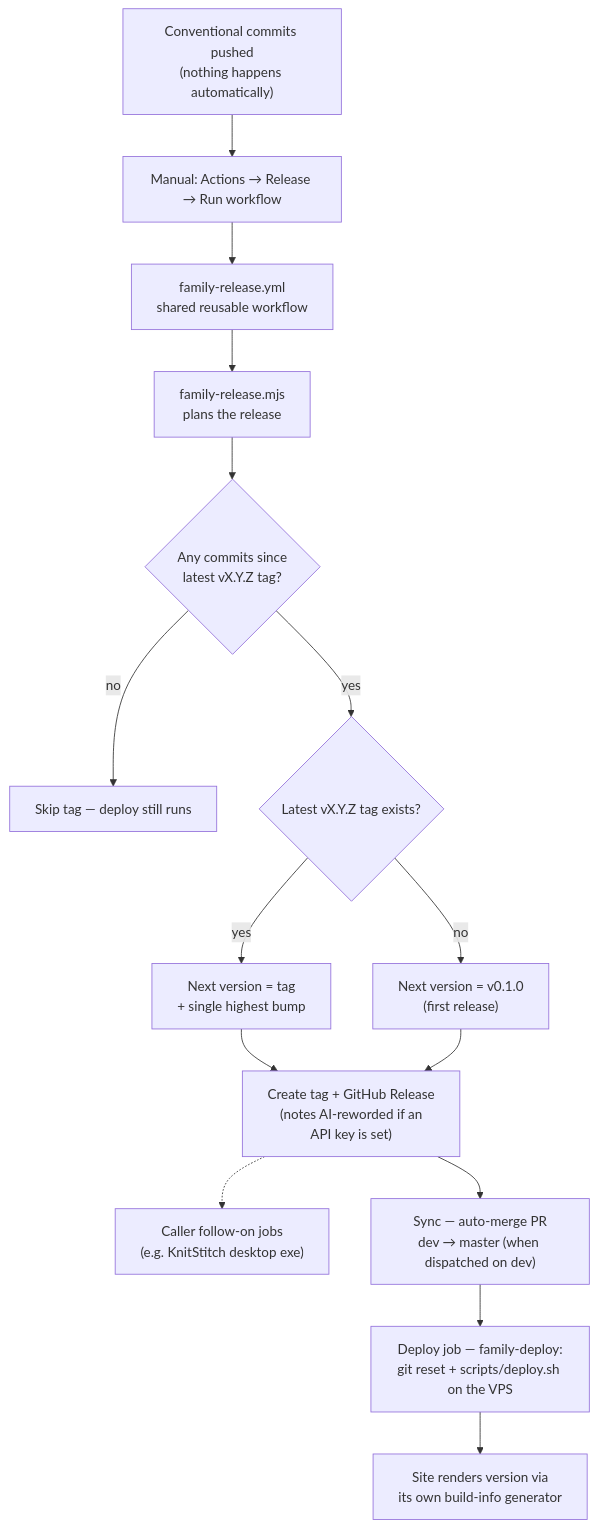
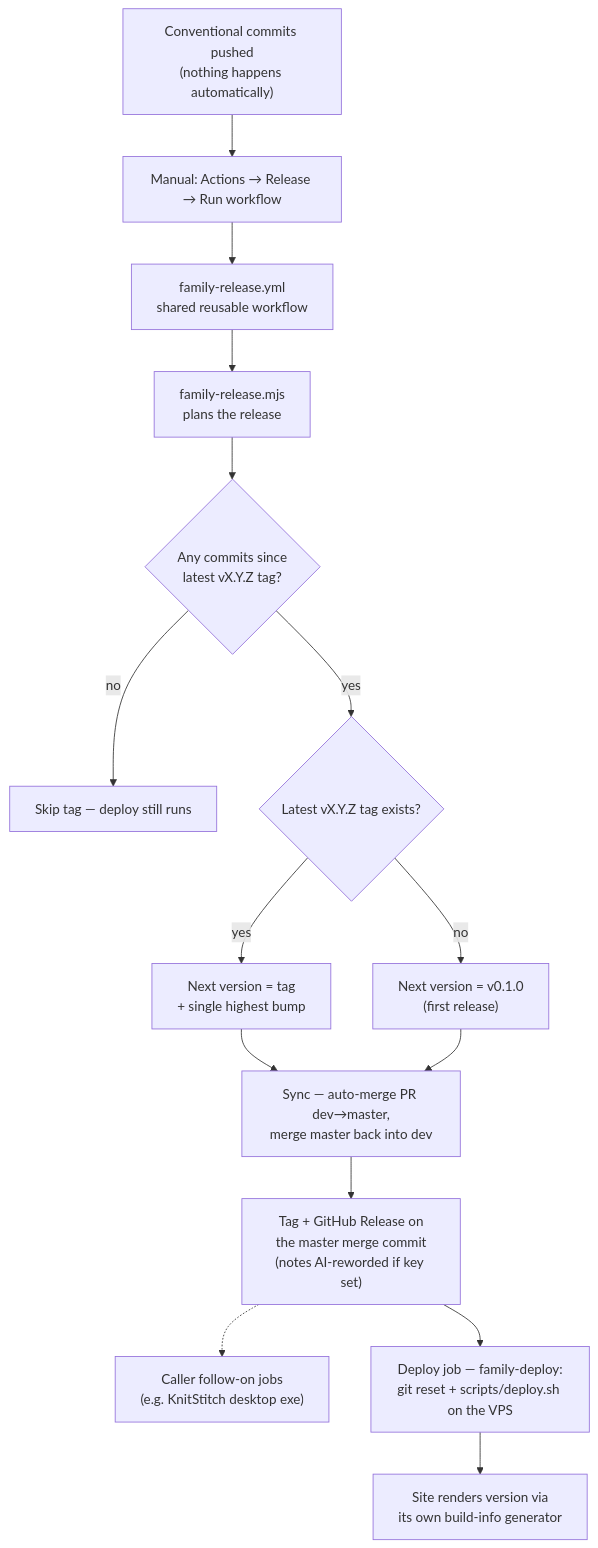
Before and after one commit to Box-of-Dragons/StructuredChaos: the diagram in docs/git-rules.md, drawn with Mermaid. The commit also changed other lines of this file and 2 other files, not shown here.

Commit message:
feat(ci): tag the release-branch merge commit via in-workflow PR sync

````diff
--- a/docs/git-rules.md
+++ b/docs/git-rules.md
@@ -95,17 +96,17 @@
 ```mermaid
 flowchart TD
     A["Conventional commits pushed<br>(nothing happens automatically)"] --> B["Manual: Actions → Release → Run workflow"]
     B --> C["family-release.yml<br>shared reusable workflow"]
     C --> D["family-release.mjs<br>plans the release"]
     D --> E{"Any commits since<br>latest vX.Y.Z tag?"}
     E -- "no" --> F["Skip tag — deploy still runs"]
     E -- "yes" --> G{"Latest vX.Y.Z tag exists?"}
     G -- "yes" --> H["Next version = tag<br>+ single highest bump"]
     G -- "no" --> I["Next version = v0.1.0<br>(first release)"]
-    H --> J["Create tag + GitHub Release<br>(notes AI-reworded if an<br>API key is set)"]
+    H --> J["Sync — auto-merge PR dev→master,<br>merge master back into dev"]
     I --> J
-    J -.-> J2["Caller follow-on jobs<br>(e.g. KnitStitch desktop exe)"]
-    J --> K["Sync — auto-merge PR<br>dev → master (when dispatched on dev)"]
+    J --> K["Tag + GitHub Release on<br>the master merge commit<br>(notes AI-reworded if key set)"]
+    K -.-> K2["Caller follow-on jobs<br>(e.g. KnitStitch desktop exe)"]
     K --> L["Deploy job — family-deploy:<br>git reset + scripts/deploy.sh on the VPS"]
     L --> M["Site renders version via<br>its own build-info generator"]
 ```
````
